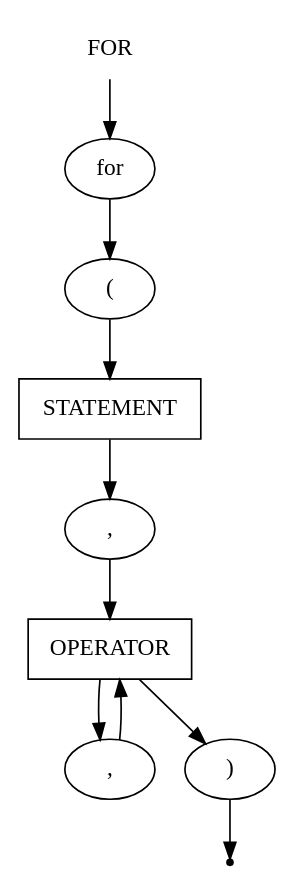
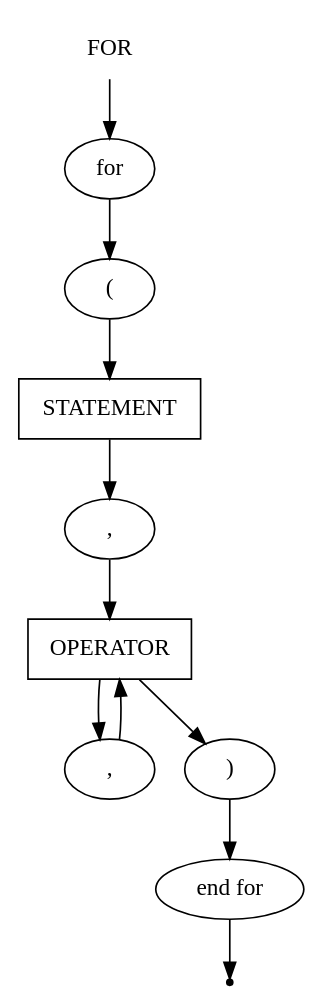
The diagram in src/CodeParser/grammar/for.gv (mshnschnko/ProMa), drawn with Graphviz before and after one commit. The commit also changed 10 other files, not shown here.

```diff
--- a/src/CodeParser/grammar/for.gv
+++ b/src/CodeParser/grammar/for.gv
@@ -1,21 +1,23 @@
 digraph FOR{
     start [label=FOR shape=plaintext]
     for [label=for shape=oval]
     statement [label=STATEMENT shape=box]
-    oper [label=OPERATOR shape=box]
+    operator [label=OPERATOR shape=box]
     open [label="(" shape=oval]
     comma_1 [label="," shape=oval]
     comma_2 [label="," shape=oval]
     close [label=")" shape=oval]
+    end_for [label="end for" shape=oval]
     end [label="" shape=point]
 
     start -> for
     for -> open
     open -> statement
     statement -> comma_1
-    comma_1 -> oper
-    oper -> comma_2
-    comma_2 -> oper
-    oper -> close
-    close -> end
+    comma_1 -> operator
+    operator -> comma_2
+    comma_2 -> operator
+    operator -> close
+    close -> end_for
+    end_for -> end
 }
```
